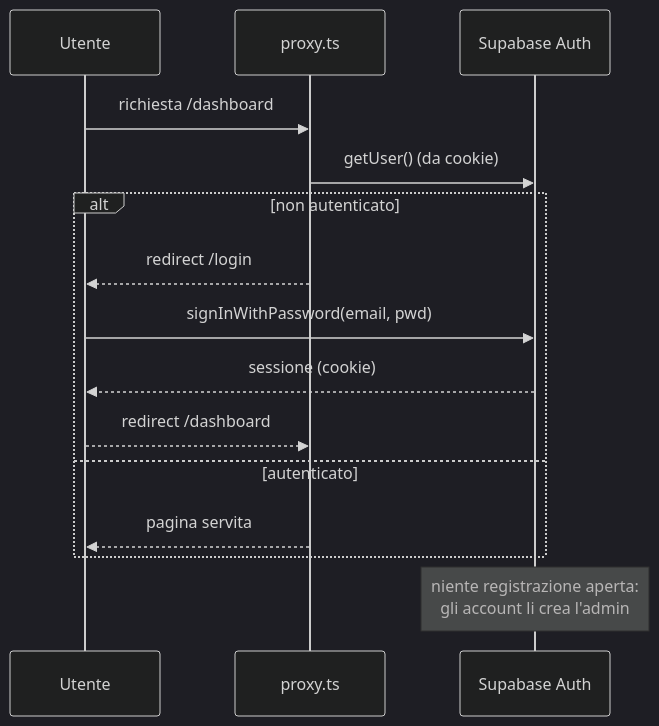
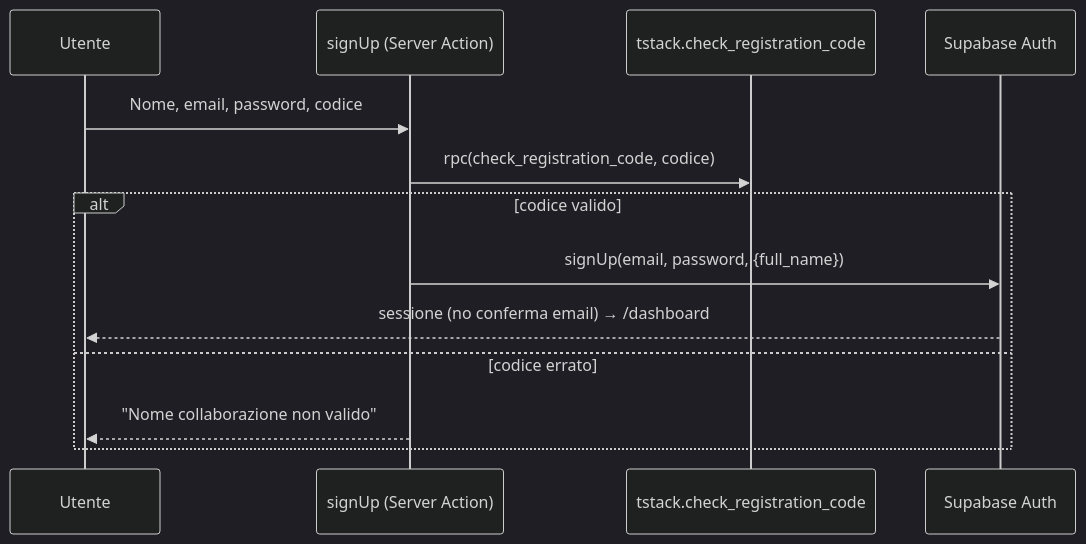
The third of 5 diagrams in docs/CODE_GRAPH.md (tramitemarketing/TramiteStack), drawn with Mermaid (dark theme) before and after one commit. The commit also changed other lines of this file and 46 other files, not shown here.

````diff
--- a/docs/CODE_GRAPH.md
+++ b/docs/CODE_GRAPH.md
@@ -103,17 +58,15 @@
 ```mermaid
 sequenceDiagram
   participant U as Utente
-  participant P as proxy.ts
-  participant S as Supabase Auth
-  U->>P: richiesta /dashboard
-  P->>S: getUser() (da cookie)
-  alt non autenticato
-    P-->>U: redirect /login
-    U->>S: signInWithPassword(email, pwd)
-    S-->>U: sessione (cookie)
-    U-->>P: redirect /dashboard
-  else autenticato
-    P-->>U: pagina servita
+  participant SA as signUp (Server Action)
+  participant DB as tstack.check_registration_code
+  participant Auth as Supabase Auth
+  U->>SA: Nome, email, password, codice
+  SA->>DB: rpc(check_registration_code, codice)
+  alt codice valido
+    SA->>Auth: signUp(email, password, {full_name})
+    Auth-->>U: sessione (no conferma email) → /dashboard
+  else codice errato
+    SA-->>U: "Nome collaborazione non valido"
   end
-  note over S: niente registrazione aperta:<br/>gli account li crea l'admin
 ```
````
